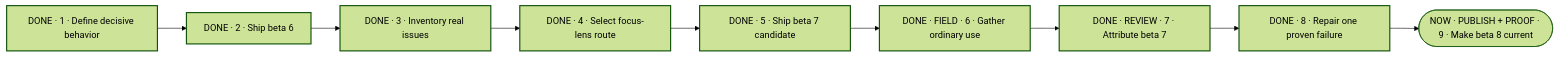
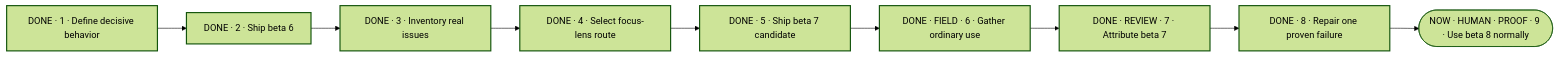
One commit to Pu11en/portable-planner changed the diagram in planning/PLAN-VIEW.md. Above: the diagram before and after it, drawn with Mermaid (forest theme). The commit also changed other lines of this file and 6 other files, not shown here.

````diff
--- a/planning/PLAN-VIEW.md
+++ b/planning/PLAN-VIEW.md
@@ -11,19 +11,19 @@
 ```mermaid
 flowchart LR
     M1["DONE · 1 · Define decisive behavior"]
     M2["DONE · 2 · Ship beta 6"]
     M3["DONE · 3 · Inventory real issues"]
     M4["DONE · 4 · Select focus-lens route"]
     M5["DONE · 5 · Ship beta 7 candidate"]
     M6["DONE · FIELD · 6 · Gather ordinary use"]
     M7["DONE · REVIEW · 7 · Attribute beta 7"]
     M8["DONE · 8 · Repair one proven failure"]
-    M9(["NOW · PUBLISH + PROOF · 9 · Make beta 8 current"])
+    M9(["NOW · HUMAN · PROOF · 9 · Use beta 8 normally"])
     M1 --> M2 --> M3 --> M4 --> M5 --> M6 --> M7 --> M8 --> M9
 
     classDef current stroke-width:3px,font-weight:700;
     classDef milestone stroke-width:2px;
     classDef proof stroke-width:3px,font-weight:700;
     class M9 current,proof;
     class M1,M2,M3,M4,M5,M6,M7,M8 milestone;
 ```
````
